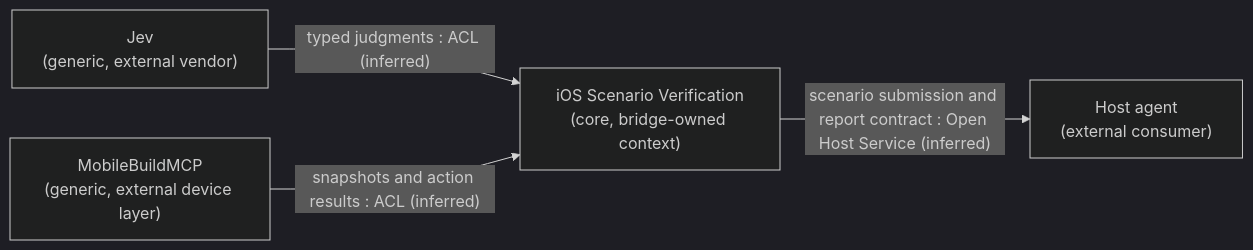
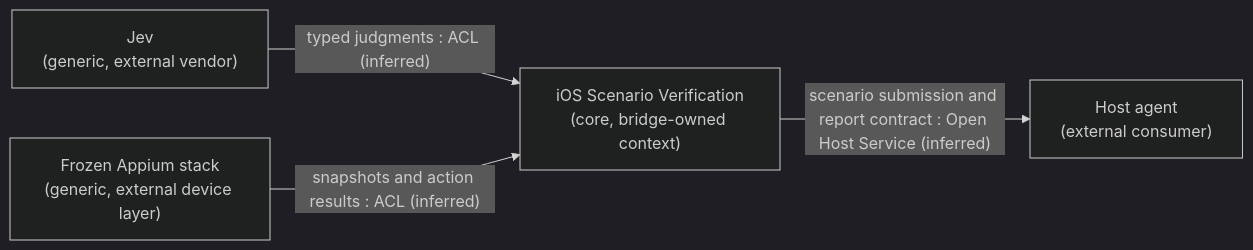
The diagram in docs/domain-boundaries.md (hugues-vnsgn/jev-ios-bridge), drawn with Mermaid (dark theme) before and after one commit. The commit also changed other lines of this file and 4 other files, not shown here.

````diff
--- a/docs/domain-boundaries.md
+++ b/docs/domain-boundaries.md
@@ -26,11 +26,11 @@
 ```mermaid
 flowchart LR
     Jev["Jev<br/>(generic, external vendor)"]
-    DeviceLayer["MobileBuildMCP<br/>(generic, external device layer)"]
+    DeviceLayer["Frozen Appium stack<br/>(generic, external device layer)"]
     Verification["iOS Scenario Verification<br/>(core, bridge-owned context)"]
     Host["Host agent<br/>(external consumer)"]
 
     Jev -->|"typed judgments : ACL (inferred)"| Verification
     DeviceLayer -->|"snapshots and action results : ACL (inferred)"| Verification
     Verification -->|"scenario submission and report contract : Open Host Service (inferred)"| Host
 ```
````
